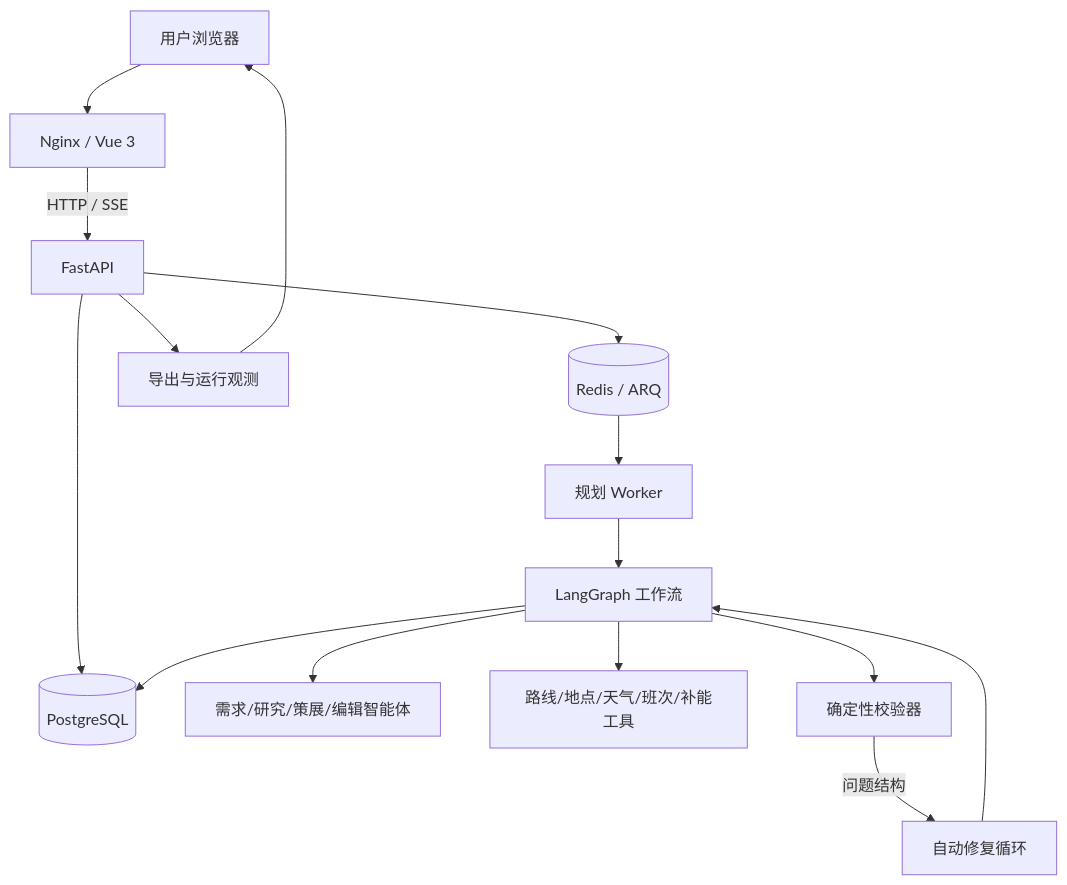
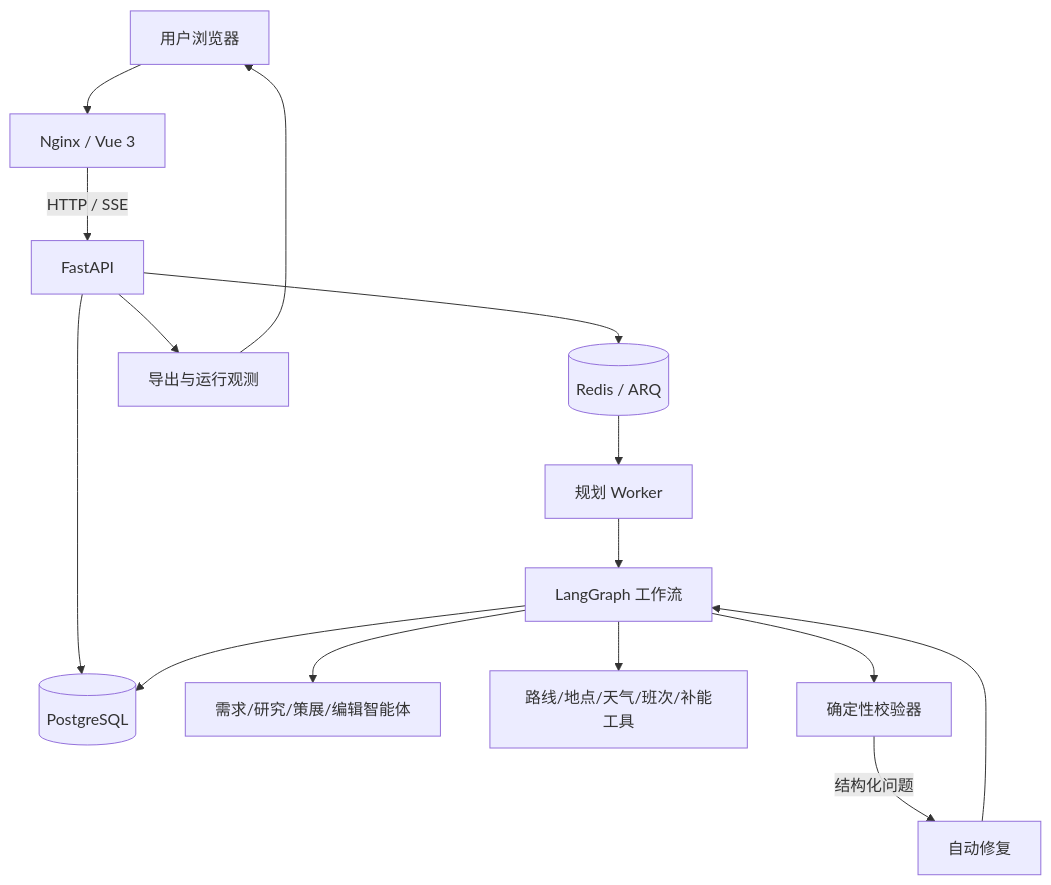
The first of 3 diagrams in submission/GOAI_Boundless_Agents/semifinal/02_可复现Demo与技术细节完善.md (pigz2538/RoadMan-Public), drawn with Mermaid before and after one commit. The commit also changed other lines of this file and 15 other files, not shown here.

````diff
--- a/submission/GOAI_Boundless_Agents/semifinal/02_可复现Demo与技术细节完善.md
+++ b/submission/GOAI_Boundless_Agents/semifinal/02_可复现Demo与技术细节完善.md
@@ -19,17 +19,17 @@
 ```mermaid
 flowchart TB
     U[用户浏览器] --> N[Nginx / Vue 3]
     N -->|HTTP / SSE| A[FastAPI]
     A --> P[(PostgreSQL)]
     A --> R[(Redis / ARQ)]
     R --> W[规划 Worker]
     W --> G[LangGraph 工作流]
     G --> L[需求/研究/策展/编辑智能体]
     G --> T[路线/地点/天气/班次/补能工具]
     G --> V[确定性校验器]
-    V -->|问题结构| F[自动修复循环]
+    V -->|结构化问题| F[自动修复]
     F --> G
     G --> P
     A --> O[导出与运行观测]
     O --> U
 ```
````
